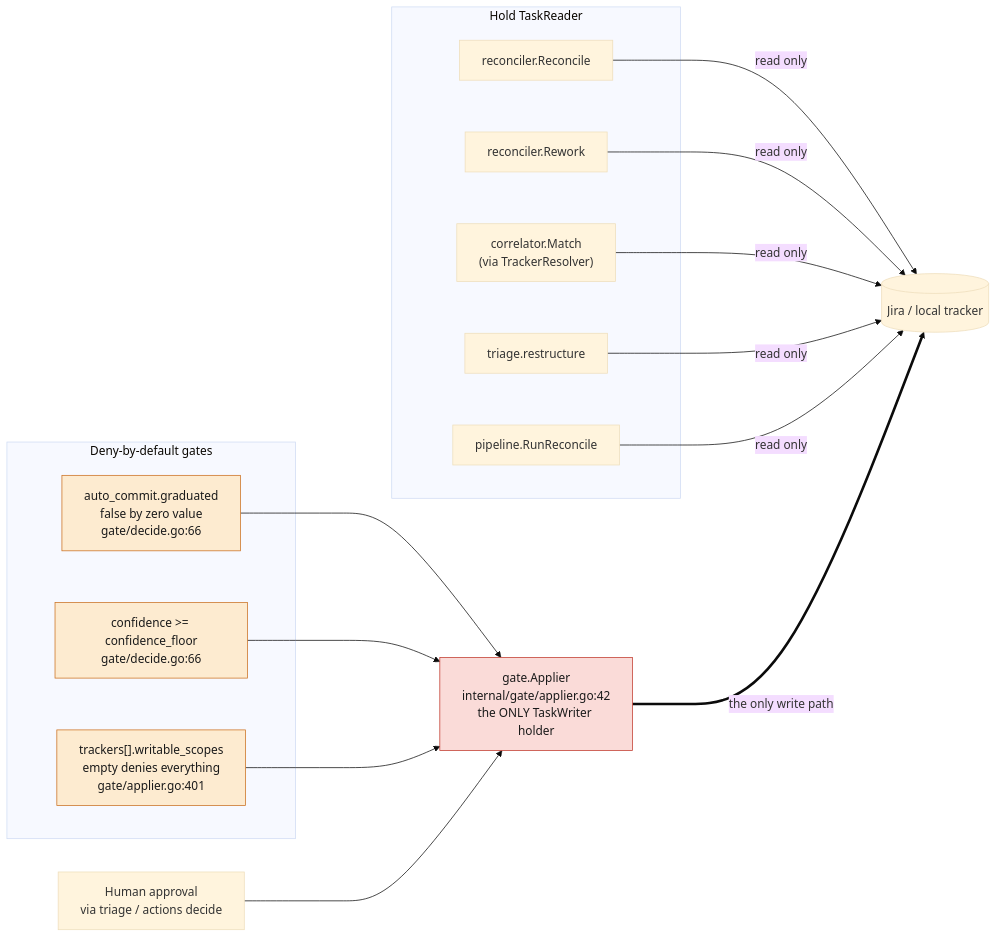
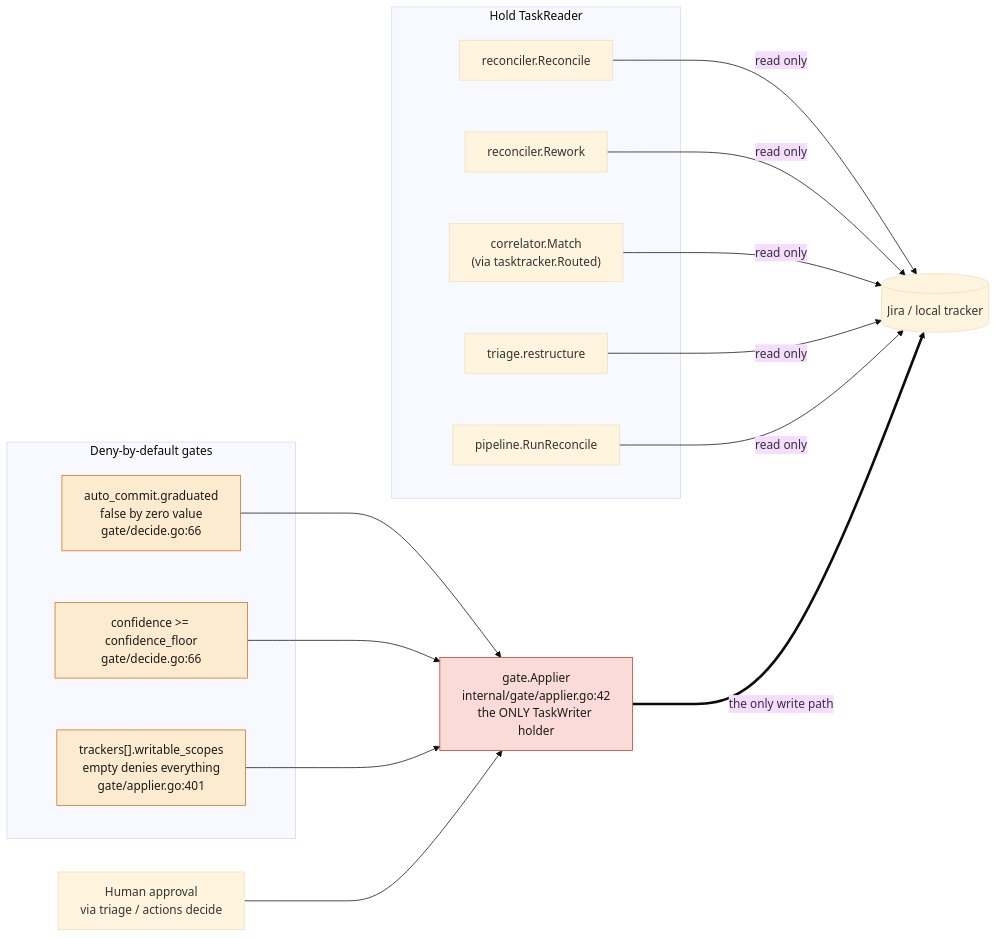
The second of 4 diagrams in docs/architecture.md (jcogilvie/unjira), drawn with Mermaid (base theme) before and after one commit. The commit also changed other lines of this file and 38 other files, not shown here.

````diff
--- a/docs/architecture.md
+++ b/docs/architecture.md
@@ -205,41 +205,41 @@
 ```mermaid
 ---
 config:
   nodeSpacing: 70
   rankSpacing: 130
 ---
 flowchart LR
     subgraph readers["Hold TaskReader"]
         R1["reconciler.Reconcile"]
         R2["reconciler.Rework"]
-        R3["correlator.Match<br/>(via TrackerResolver)"]
+        R3["correlator.Match<br/>(via tasktracker.Routed)"]
         R4["triage.restructure"]
         R5["pipeline.RunReconcile"]
     end
 
     subgraph gates["Deny-by-default gates"]
         G1["auto_commit.graduated<br/>false by zero value<br/>gate/decide.go:66"]
         G2["confidence >= confidence_floor<br/>gate/decide.go:66"]
         G3["trackers[].writable_scopes<br/>empty denies everything<br/>gate/applier.go:401"]
     end
 
     HUMAN["Human approval<br/>via triage / actions decide"]
     A["gate.Applier<br/>internal/gate/applier.go:42<br/>the ONLY TaskWriter holder"]
     TRACKER[("Jira / local tracker")]
 
     R1 -->|"read only"| TRACKER
     R2 -->|"read only"| TRACKER
     R3 -->|"read only"| TRACKER
     R4 -->|"read only"| TRACKER
     R5 -->|"read only"| TRACKER
     G1 --> A
     G2 --> A
     G3 --> A
     HUMAN --> A
     A ==>|"the only write path"| TRACKER
 
     classDef danger fill:#fadbd8,stroke:#c0392b,color:#1a1a1a
     classDef gate fill:#fdebd0,stroke:#ca6f1e,color:#1a1a1a
     class A danger
     class G1,G2,G3 gate
 ```
````
